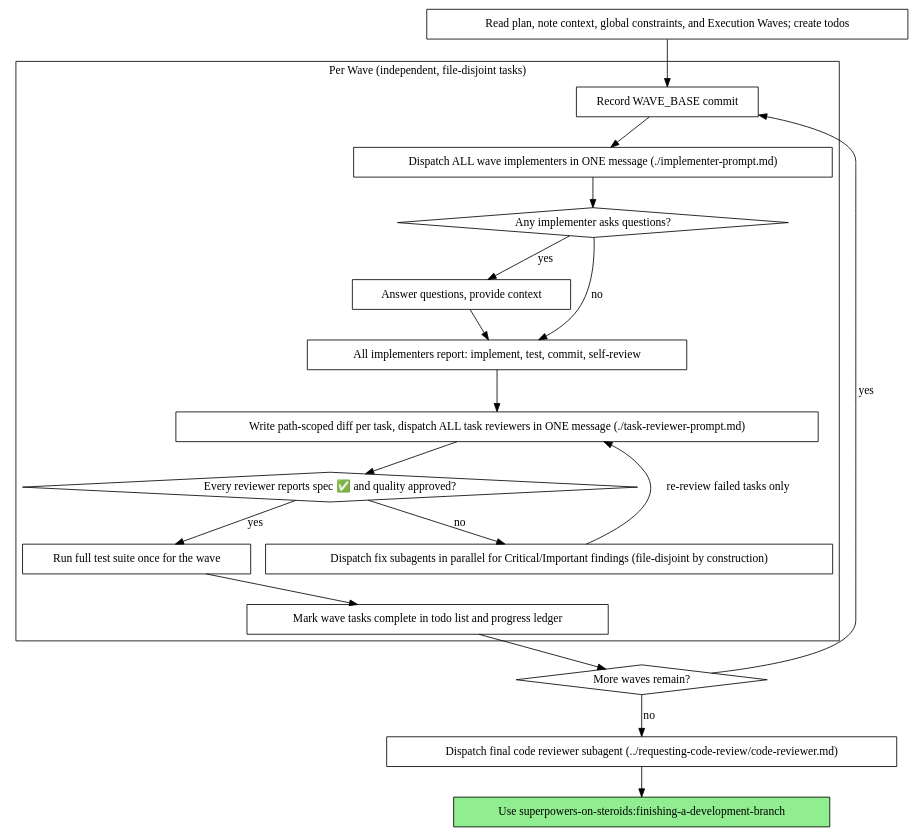
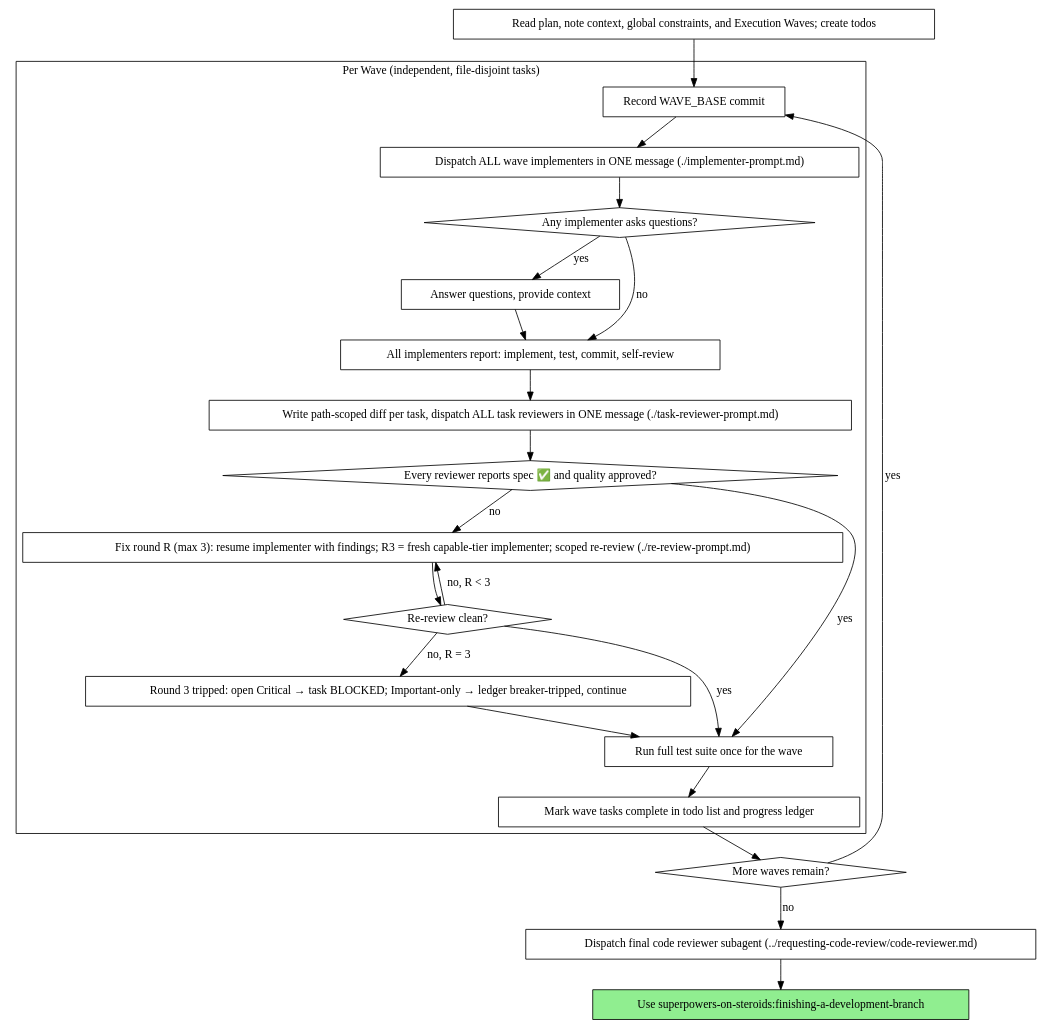
The second of 2 diagrams in skills/subagent-driven-development/SKILL.md (dami-laare/superpowers-on-steroids), drawn with Graphviz before and after one commit. The commit also changed other lines of this file and 3 other files, not shown here.

First line of the commit message:
fix(sdd): restore three-round fix-loop breaker and scoped re-review

````diff
--- a/skills/subagent-driven-development/SKILL.md
+++ b/skills/subagent-driven-development/SKILL.md
@@ -48,41 +48,47 @@
 ```dot
 digraph process {
     rankdir=TB;
 
     subgraph cluster_per_wave {
         label="Per Wave (independent, file-disjoint tasks)";
         "Record WAVE_BASE commit" [shape=box];
         "Dispatch ALL wave implementers in ONE message (./implementer-prompt.md)" [shape=box];
         "Any implementer asks questions?" [shape=diamond];
         "Answer questions, provide context" [shape=box];
         "All implementers report: implement, test, commit, self-review" [shape=box];
         "Write path-scoped diff per task, dispatch ALL task reviewers in ONE message (./task-reviewer-prompt.md)" [shape=box];
         "Every reviewer reports spec ✅ and quality approved?" [shape=diamond];
-        "Dispatch fix subagents in parallel for Critical/Important findings (file-disjoint by construction)" [shape=box];
+        "Fix round R (max 3): resume implementer with findings; R3 = fresh capable-tier implementer; scoped re-review (./re-review-prompt.md)" [shape=box];
+        "Re-review clean?" [shape=diamond];
+        "Round 3 tripped: open Critical → task BLOCKED; Important-only → ledger breaker-tripped, continue" [shape=box];
         "Run full test suite once for the wave" [shape=box];
         "Mark wave tasks complete in todo list and progress ledger" [shape=box];
     }
 
     "Read plan, note context, global constraints, and Execution Waves; create todos" [shape=box];
     "More waves remain?" [shape=diamond];
     "Dispatch final code reviewer subagent (../requesting-code-review/code-reviewer.md)" [shape=box];
     "Use superpowers-on-steroids:finishing-a-development-branch" [shape=box style=filled fillcolor=lightgreen];
 
     "Read plan, note context, global constraints, and Execution Waves; create todos" -> "Record WAVE_BASE commit";
     "Record WAVE_BASE commit" -> "Dispatch ALL wave implementers in ONE message (./implementer-prompt.md)";
     "Dispatch ALL wave implementers in ONE message (./implementer-prompt.md)" -> "Any implementer asks questions?";
     "Any implementer asks questions?" -> "Answer questions, provide context" [label="yes"];
     "Answer questions, provide context" -> "All implementers report: implement, test, commit, self-review";
     "Any implementer asks questions?" -> "All implementers report: implement, test, commit, self-review" [label="no"];
     "All implementers report: implement, test, commit, self-review" -> "Write path-scoped diff per task, dispatch ALL task reviewers in ONE message (./task-reviewer-prompt.md)";
     "Write path-scoped diff per task, dispatch ALL task reviewers in ONE message (./task-reviewer-prompt.md)" -> "Every reviewer reports spec ✅ and quality approved?";
-    "Every reviewer reports spec ✅ and quality approved?" -> "Dispatch fix subagents in parallel for Critical/Important findings (file-disjoint by construction)" [label="no"];
-    "Dispatch fix subagents in parallel for Critical/Important findings (file-disjoint by construction)" -> "Write path-scoped diff per task, dispatch ALL task reviewers in ONE message (./task-reviewer-prompt.md)" [label="re-review failed tasks only"];
+    "Every reviewer reports spec ✅ and quality approved?" -> "Fix round R (max 3): resume implementer with findings; R3 = fresh capable-tier implementer; scoped re-review (./re-review-prompt.md)" [label="no"];
+    "Fix round R (max 3): resume implementer with findings; R3 = fresh capable-tier implementer; scoped re-review (./re-review-prompt.md)" -> "Re-review clean?";
+    "Re-review clean?" -> "Run full test suite once for the wave" [label="yes"];
+    "Re-review clean?" -> "Fix round R (max 3): resume implementer with findings; R3 = fresh capable-tier implementer; scoped re-review (./re-review-prompt.md)" [label="no, R < 3"];
+    "Re-review clean?" -> "Round 3 tripped: open Critical → task BLOCKED; Important-only → ledger breaker-tripped, continue" [label="no, R = 3"];
+    "Round 3 tripped: open Critical → task BLOCKED; Important-only → ledger breaker-tripped, continue" -> "Run full test suite once for the wave";
     "Every reviewer reports spec ✅ and quality approved?" -> "Run full test suite once for the wave" [label="yes"];
     "Run full test suite once for the wave" -> "Mark wave tasks complete in todo list and progress ledger";
     "Mark wave tasks complete in todo list and progress ledger" -> "More waves remain?";
     "More waves remain?" -> "Record WAVE_BASE commit" [label="yes"];
     "More waves remain?" -> "Dispatch final code reviewer subagent (../requesting-code-review/code-reviewer.md)" [label="no"];
     "Dispatch final code reviewer subagent (../requesting-code-review/code-reviewer.md)" -> "Use superpowers-on-steroids:finishing-a-development-branch";
 }
 ```
````
